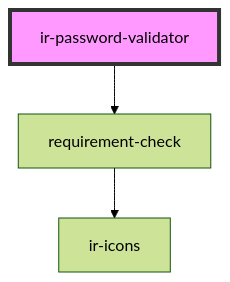
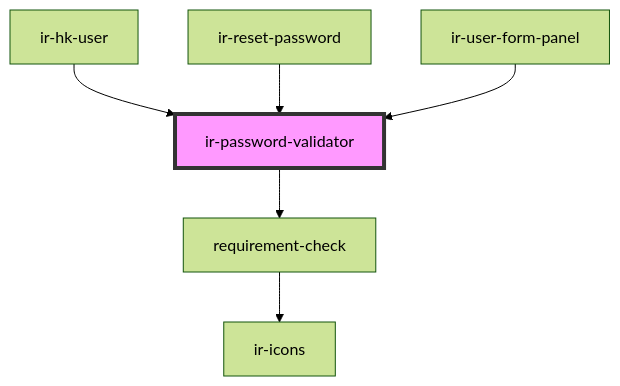
The diagram in src/components/ir-password-validator/readme.md (RonyRizk/ir-webcmp), drawn with Mermaid (forest theme) before and after one commit. The commit also changed other lines of this file and 293 other files, not shown here.

````diff
--- a/src/components/ir-password-validator/readme.md
+++ b/src/components/ir-password-validator/readme.md
@@ -29,6 +35,9 @@
 ```mermaid
 graph TD;
   ir-password-validator --> requirement-check
   requirement-check --> ir-icons
+  ir-hk-user --> ir-password-validator
+  ir-reset-password --> ir-password-validator
+  ir-user-form-panel --> ir-password-validator
   style ir-password-validator fill:#f9f,stroke:#333,stroke-width:4px
 ```
````
